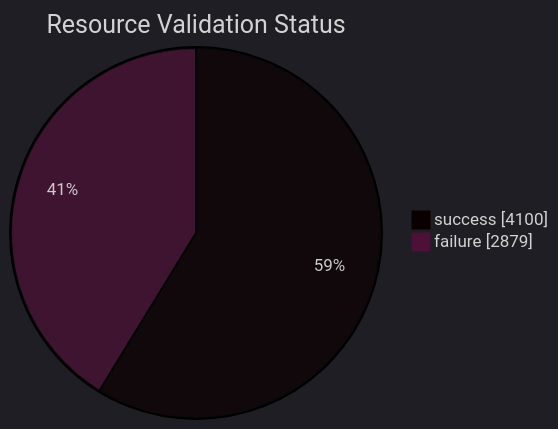
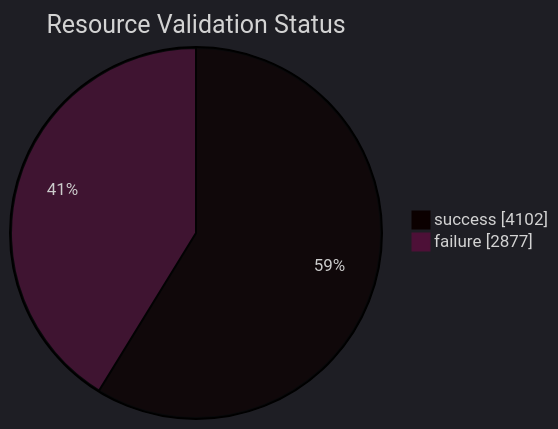
The diagram in datastore_tracker/resource_validation_status_pie_chart.md (open-data/analytics-corporate-reporting), drawn with Mermaid before and after one commit. The commit also changed 9 other files, not shown here.

````diff
--- a/datastore_tracker/resource_validation_status_pie_chart.md
+++ b/datastore_tracker/resource_validation_status_pie_chart.md
@@ -2,9 +2,9 @@
 ```mermaid
 ---
 config:
   theme: dark
 ---
 pie showData title Resource Validation Status
-    "success": 4100
-    "failure": 2879
+    "success": 4102
+    "failure": 2877
 ```
````
